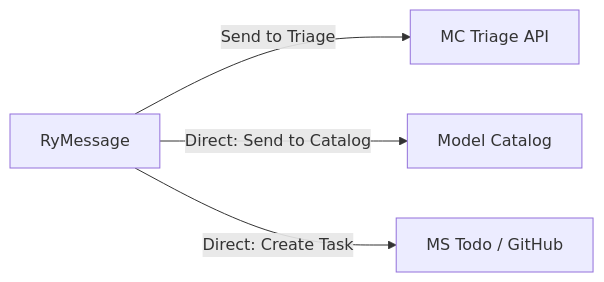
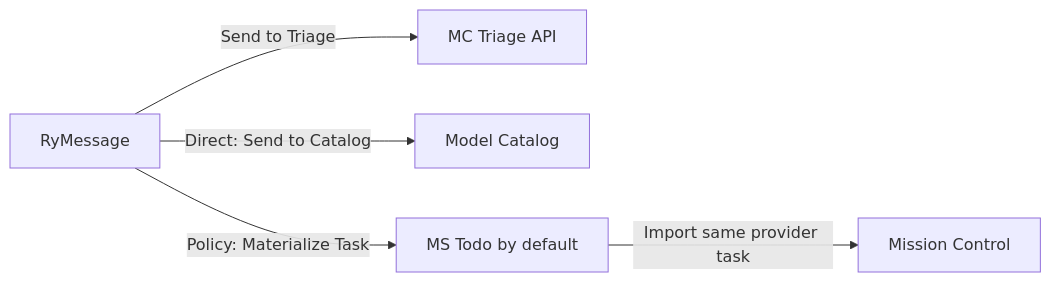
One commit to rsocko/mission-control changed the second of 3 diagrams in docs/design/proposed/triage-queue.md. Above: the diagram before and after it, drawn with Mermaid. The commit also changed other lines of this file and 7 other files, not shown here.

````diff
--- a/docs/design/proposed/triage-queue.md
+++ b/docs/design/proposed/triage-queue.md
@@ -991,6 +993,7 @@
 ```mermaid
 graph LR
     RM[RyMessage] -->|"Send to Triage"| API[MC Triage API]
     RM -->|"Direct: Send to Catalog"| MC3D[Model Catalog]
-    RM -->|"Direct: Create Task"| TODO[MS Todo / GitHub]
+    RM -->|"Policy: Materialize Task"| TODO[MS Todo by default]
+    TODO -->|"Import same provider task"| MC[Mission Control]
 ```
````
